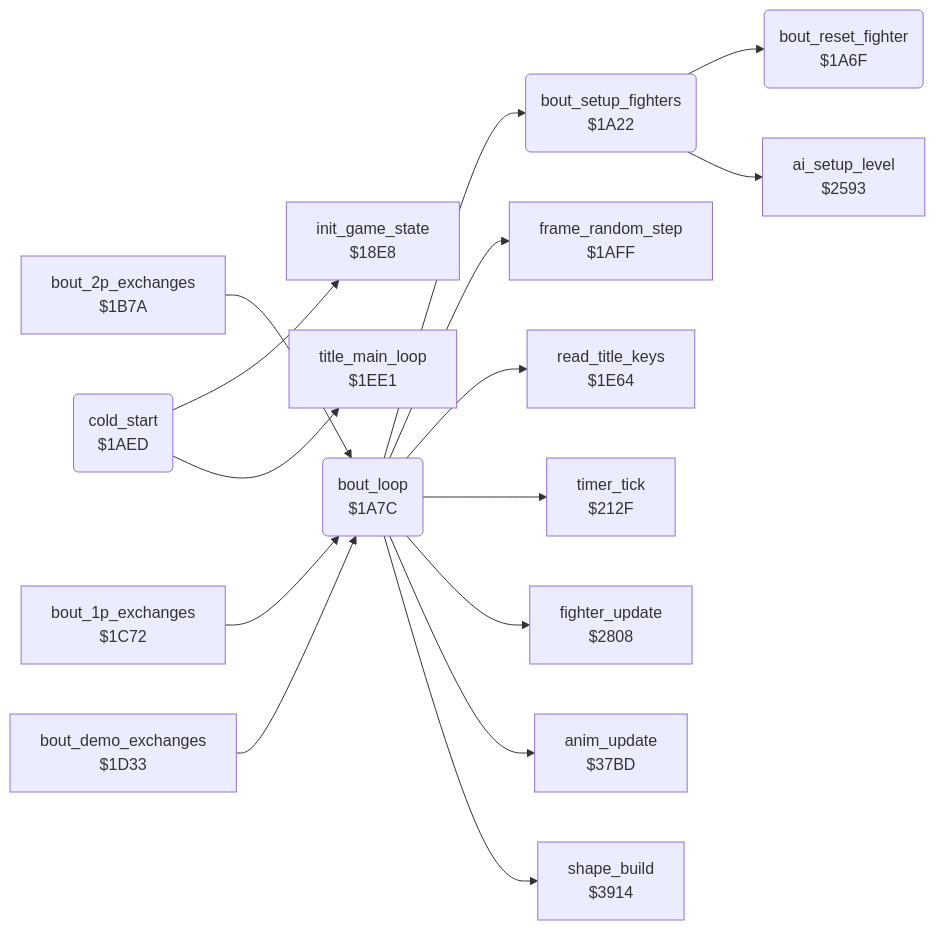
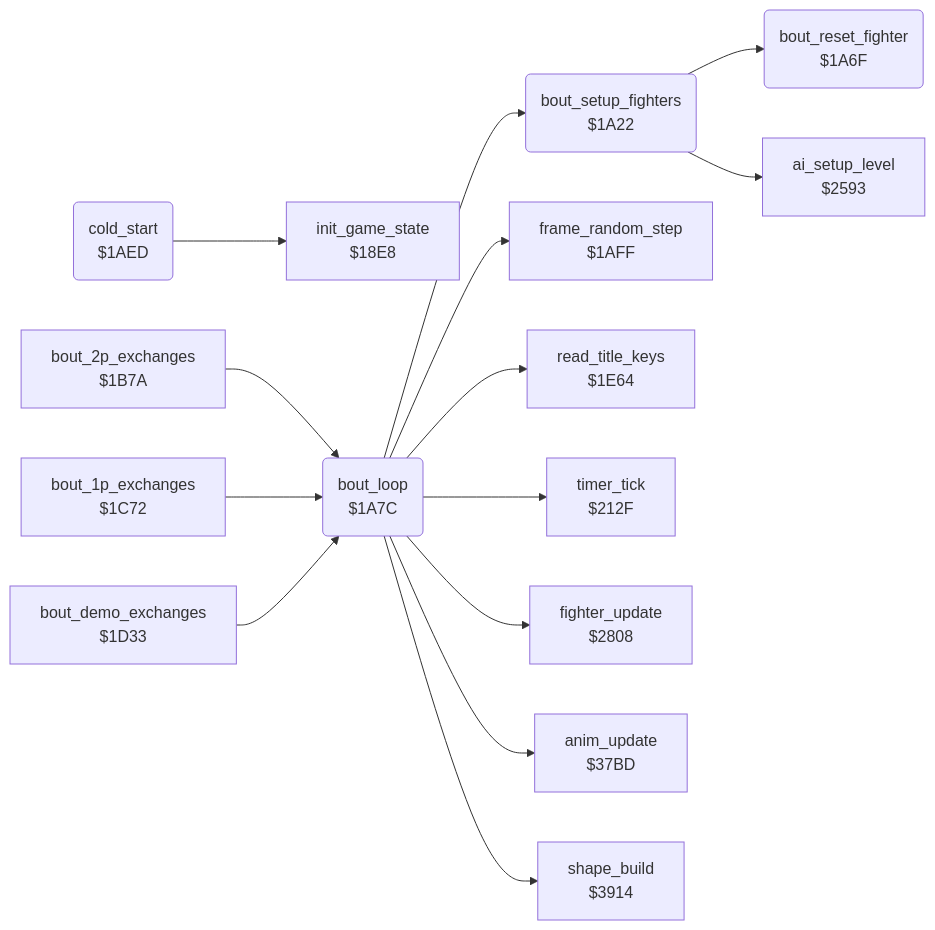
The diagram in exploding_fist/v2/docs/reference/modules/game/bout_loop.md (henols/c64_games), drawn with Mermaid before and after one commit. The commit also changed other lines of this file and 319 other files, not shown here.

````diff
--- a/exploding_fist/v2/docs/reference/modules/game/bout_loop.md
+++ b/exploding_fist/v2/docs/reference/modules/game/bout_loop.md
@@ -10,33 +19,31 @@
 ```mermaid
 flowchart LR
   n18e8["init_game_state<br/>$18E8"]
   n1a22("bout_setup_fighters<br/>$1A22")
   n1a6f("bout_reset_fighter<br/>$1A6F")
   n1a7c("bout_loop<br/>$1A7C")
   n1aed("cold_start<br/>$1AED")
   n1aff["frame_random_step<br/>$1AFF"]
   n1b7a["bout_2p_exchanges<br/>$1B7A"]
   n1c72["bout_1p_exchanges<br/>$1C72"]
   n1d33["bout_demo_exchanges<br/>$1D33"]
   n1e64["read_title_keys<br/>$1E64"]
-  n1ee1["title_main_loop<br/>$1EE1"]
   n212f["timer_tick<br/>$212F"]
   n2593["ai_setup_level<br/>$2593"]
   n2808["fighter_update<br/>$2808"]
   n37bd["anim_update<br/>$37BD"]
   n3914["shape_build<br/>$3914"]
   n1a22 --> n1a6f
   n1a22 --> n2593
   n1a7c --> n1a22
   n1a7c --> n1aff
   n1a7c --> n1e64
   n1a7c --> n212f
   n1a7c --> n2808
   n1a7c --> n37bd
   n1a7c --> n3914
   n1aed --> n18e8
-  n1aed --> n1ee1
   n1b7a --> n1a7c
   n1c72 --> n1a7c
   n1d33 --> n1a7c
 ```
````
